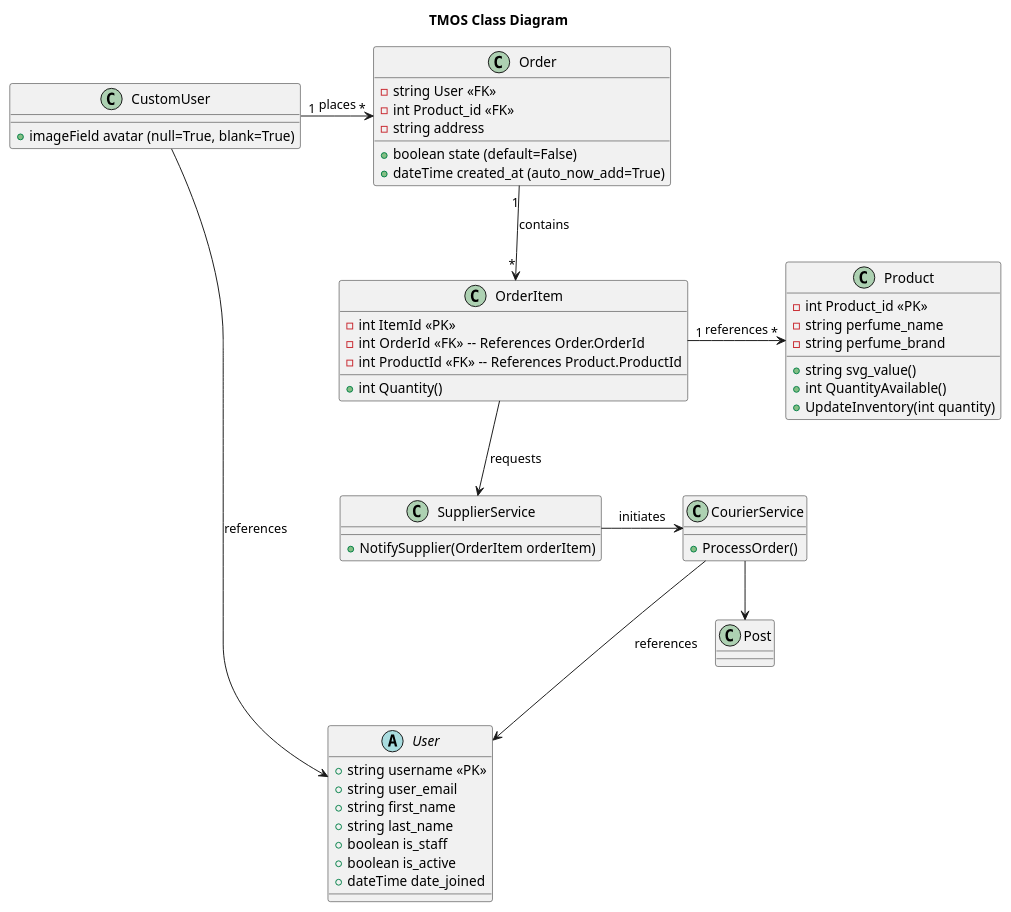
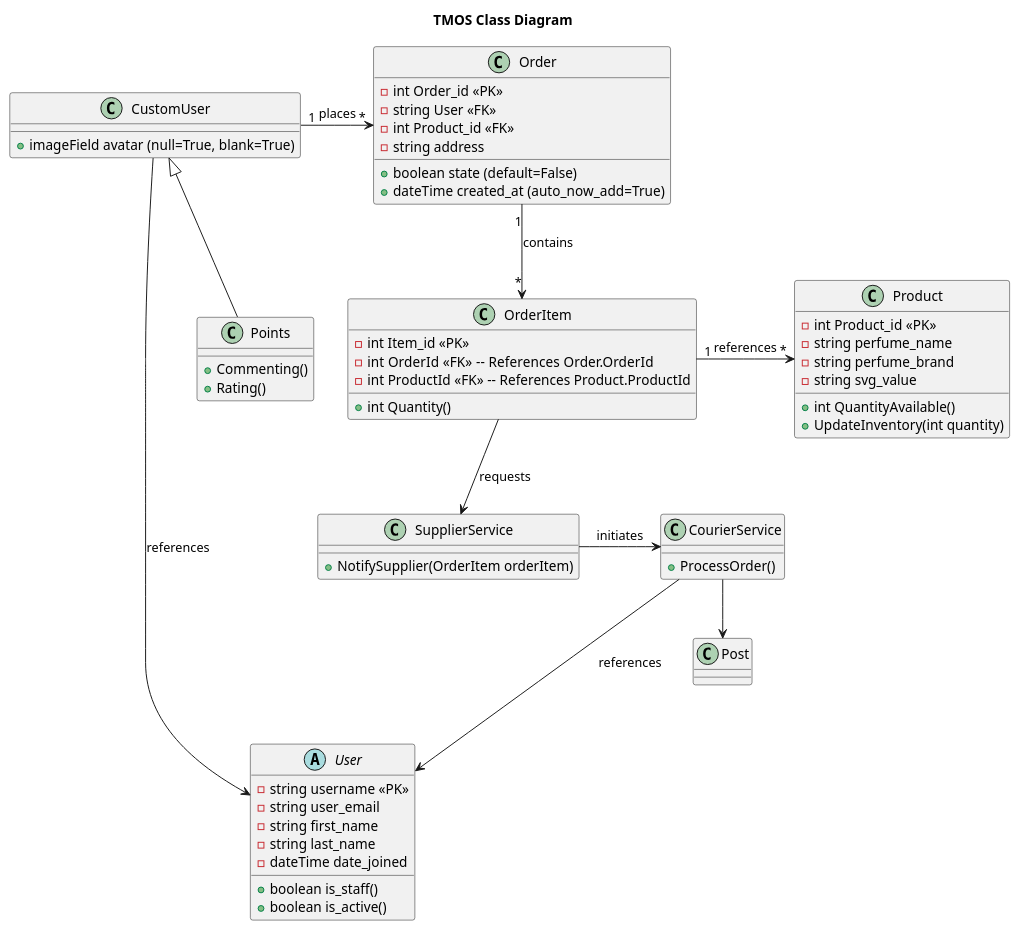
One commit to pmwong008/PlantUML_boot changed the diagram in docs/architecture/tmos_class.puml. Above: the diagram before and after it, drawn with PlantUML. The commit also changed 1 other file, not shown here.

Commit message:
Last commit at ERB before typhoon.

```diff
--- a/docs/architecture/tmos_class.puml
+++ b/docs/architecture/tmos_class.puml
@@ -1,65 +1,71 @@
 @startuml
 
 title TMOS Class Diagram
 
 abstract class User {
-    + string username <<PK>>
-    + string user_email
-    + string first_name
-    + string last_name
-    + boolean is_staff
-    + boolean is_active
-    + dateTime date_joined
+    - string username <<PK>>
+    - string user_email
+    - string first_name
+    - string last_name
+    + boolean is_staff()
+    + boolean is_active()
+    - dateTime date_joined
 
 }
 class CustomUser {
 	+ imageField avatar (null=True, blank=True)
 }
 
 class Order {
+    - int Order_id <<PK>>
 	- string User <<FK>>
 	- int Product_id <<FK>>
 	- string address
 	+ boolean state (default=False)
 	+ dateTime created_at (auto_now_add=True)
 }
 
 class OrderItem {
-  - int ItemId <<PK>>
+  - int Item_id <<PK>>
   - int OrderId <<FK>> -- References Order.OrderId
   - int ProductId <<FK>> -- References Product.ProductId
   + int Quantity()
 }
 
 class Product {
     - int Product_id <<PK>>
     - string perfume_name
 	- string perfume_brand
-	+ string svg_value()
+	- string svg_value
     + int QuantityAvailable()
     + UpdateInventory(int quantity)
 }
 
 class CourierService {
   + ProcessOrder()
 }
 
 class SupplierService {
   + NotifySupplier(OrderItem orderItem)
 }
 
 
 class Post {
 }
 
+class Points extends CustomUser{
+    + Commenting()
+    + Rating()
+}
+
 CustomUser "1" -> "*" Order : places
 CustomUser --> User : references
 Order "1" --> "*" OrderItem : contains
 OrderItem "1" -> "*" Product : "references"
 SupplierService -> CourierService : initiates
 CourierService ---> User : "references"
 CourierService --> Post
 
 OrderItem --> SupplierService : "requests"
 
 @enduml
```
